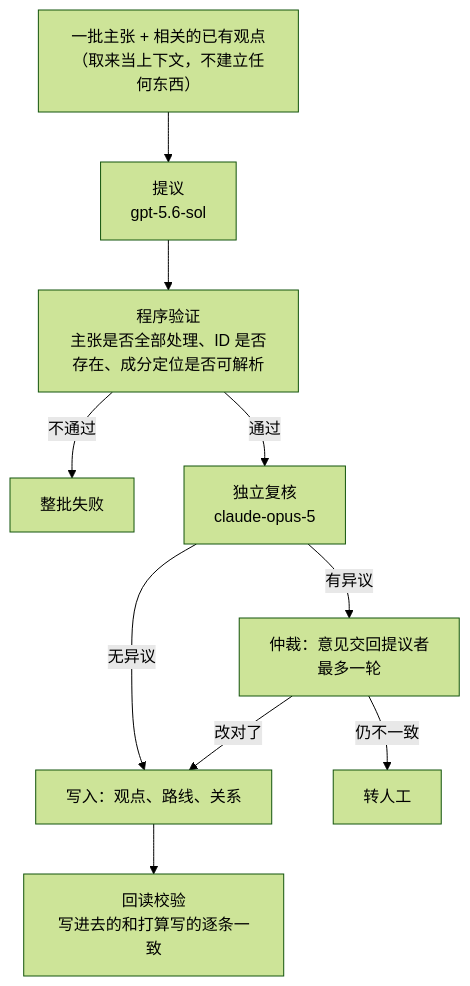
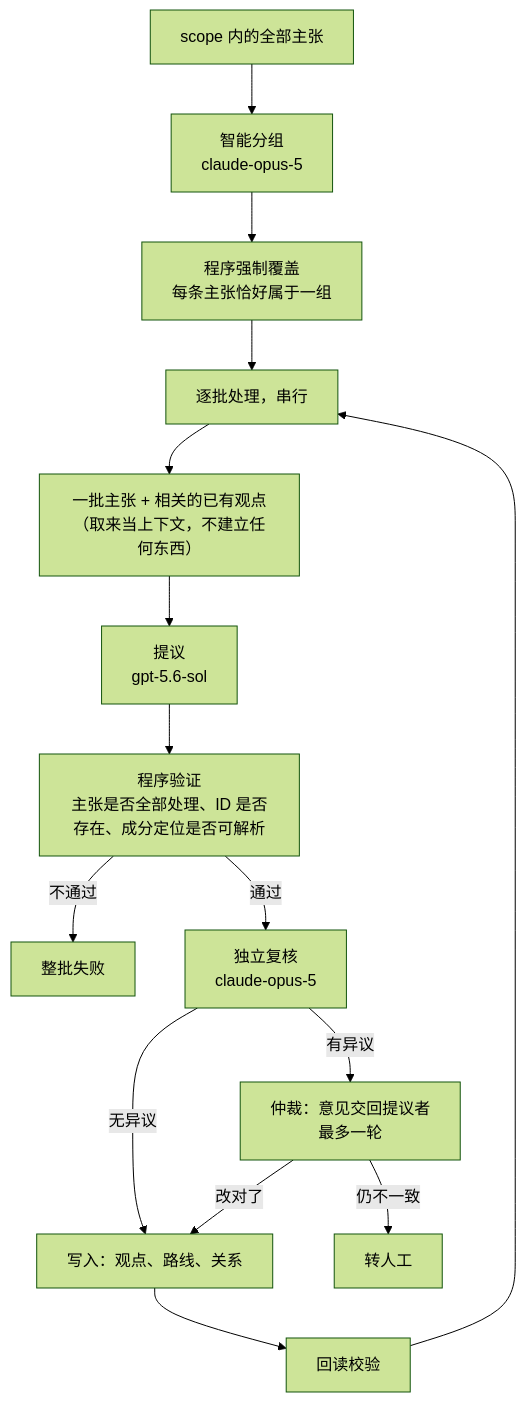
One commit to junyang168/smart-answer changed the second of 3 diagrams in docs/wang-knowledge-platform/20-knowledge/canonical_viewpoint_design.md. Above: the diagram before and after it, drawn with Mermaid (forest theme). The commit also changed other lines of this file, not shown here.

````diff
--- a/docs/wang-knowledge-platform/20-knowledge/canonical_viewpoint_design.md
+++ b/docs/wang-knowledge-platform/20-knowledge/canonical_viewpoint_design.md
@@ -118,12 +118,17 @@
 ```mermaid
 flowchart TD
-    S["一批主张 + 相关的已有观点<br/>（取来当上下文，不建立任何东西）"] --> P["提议<br/>gpt-5.6-sol"]
+    SC["scope 内的全部主张"] --> G["智能分组<br/>claude-opus-5"]
+    G --> RP["程序强制覆盖<br/>每条主张恰好属于一组"]
+    RP --> B["逐批处理，串行"]
+    B --> S["一批主张 + 相关的已有观点<br/>（取来当上下文，不建立任何东西）"]
+    S --> P["提议<br/>gpt-5.6-sol"]
     P --> V["程序验证<br/>主张是否全部处理、ID 是否存在、成分定位是否可解析"]
     V -->|"不通过"| F["整批失败"]
     V -->|"通过"| R["独立复核<br/>claude-opus-5"]
     R -->|"无异议"| W["写入：观点、路线、关系"]
     R -->|"有异议"| C["仲裁：意见交回提议者<br/>最多一轮"]
     C -->|"改对了"| W
     C -->|"仍不一致"| H["转人工"]
-    W --> B["回读校验<br/>写进去的和打算写的逐条一致"]
+    W --> RB["回读校验"]
+    RB --> B
 ```
````
